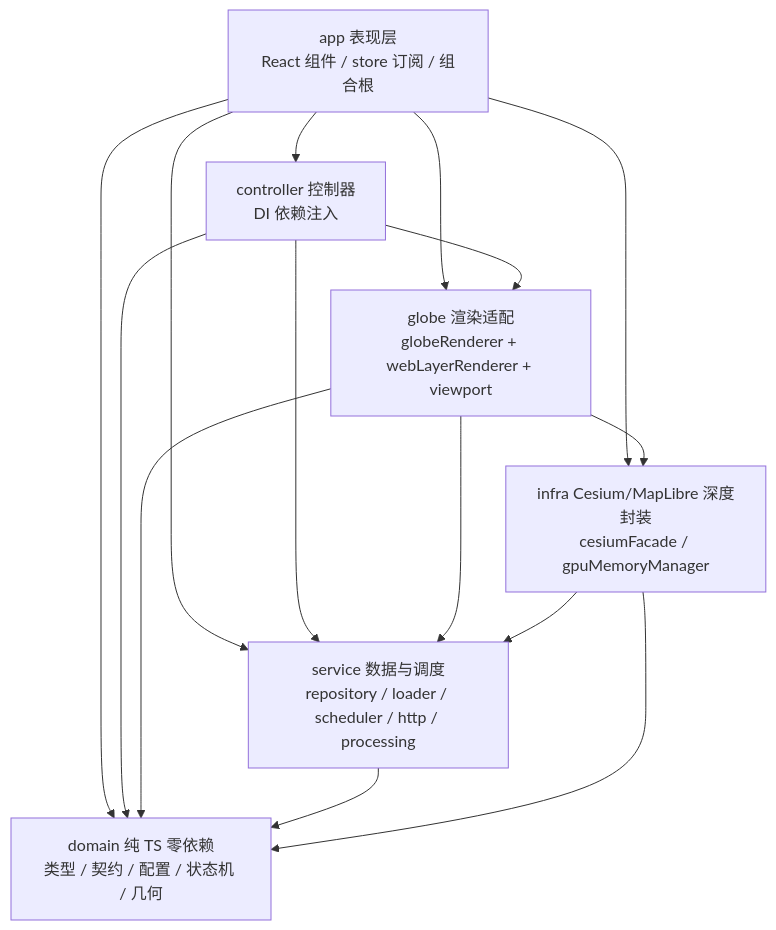
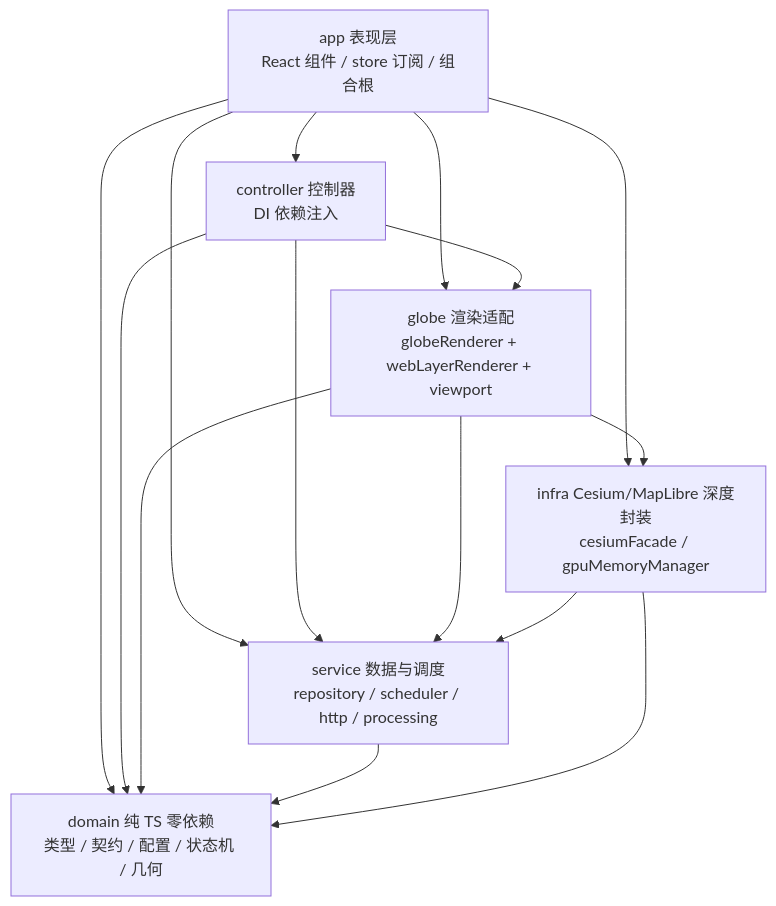
One commit to gis2all/earth-viewer changed the first of 4 diagrams in CLAUDE.md. Above: the diagram before and after it, drawn with Mermaid. The commit also changed other lines of this file and 1 other file, not shown here.

Commit message:
docs: drop LayerAdapter and loader roadmap references

````diff
--- a/CLAUDE.md
+++ b/CLAUDE.md
@@ -113,24 +113,24 @@
 ```mermaid
 flowchart TD
     App[app 表现层<br/>React 组件 / store 订阅 / 组合根]
     Ctrl[controller 控制器<br/>DI 依赖注入]
-    Svc[service 数据与调度<br/>repository / loader / scheduler / http / processing]
+    Svc[service 数据与调度<br/>repository / scheduler / http / processing]
     Dom[domain 纯 TS 零依赖<br/>类型 / 契约 / 配置 / 状态机 / 几何]
     Globe[globe 渲染适配<br/>globeRenderer + webLayerRenderer + viewport]
     Infra[infra Cesium/MapLibre 深度封装<br/>cesiumFacade / gpuMemoryManager]
 
     App --> Ctrl
     App --> Globe
     App --> Svc
     App --> Infra
     App --> Dom
     Ctrl --> Globe
     Ctrl --> Svc
     Ctrl --> Dom
     Globe --> Infra
     Globe --> Svc
     Globe --> Dom
     Svc --> Dom
     Infra --> Svc
     Infra --> Dom
 ```
````
